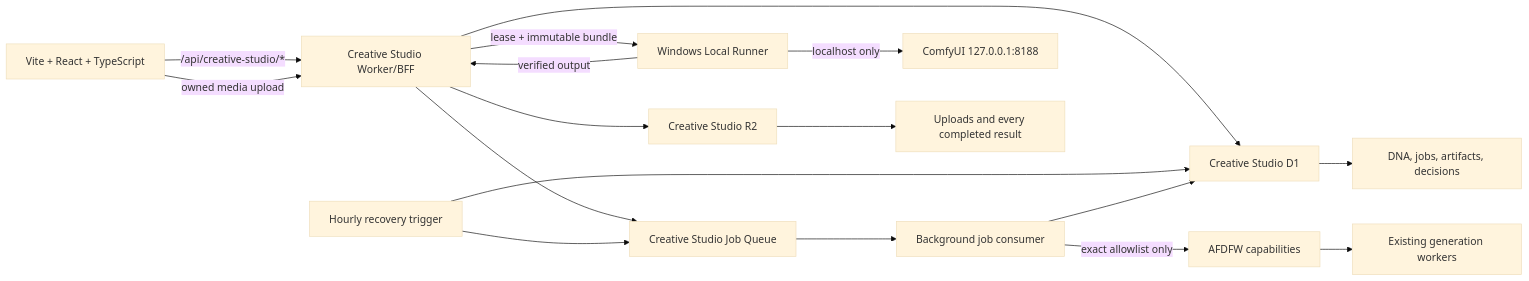
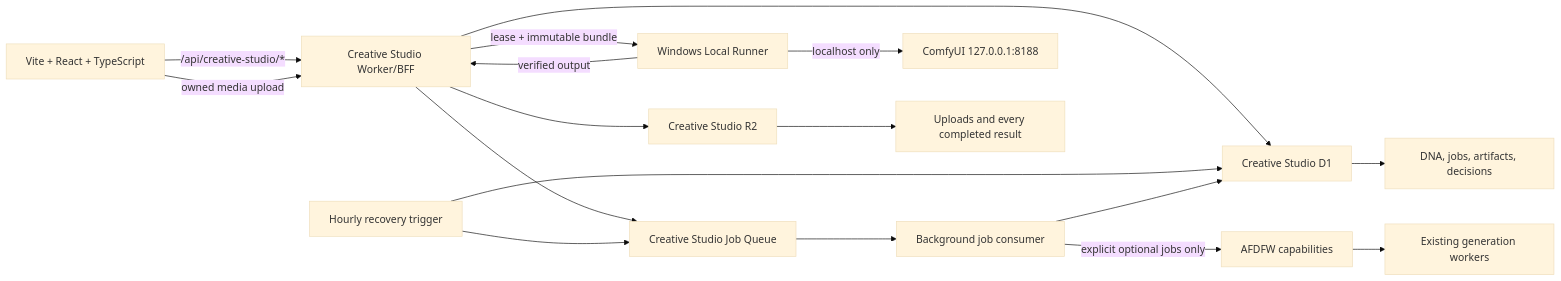
Before and after one commit to AngeloTobo/Creative-Studio: the diagram in docs/ARCHITECTURE.md, drawn with Mermaid (base theme). The commit also changed other lines of this file and 14 other files, not shown here.

````diff
--- a/docs/ARCHITECTURE.md
+++ b/docs/ARCHITECTURE.md
@@ -5,19 +5,19 @@
 ```mermaid
 flowchart LR
   UI["Vite + React + TypeScript"] -->|"/api/creative-studio/*"| BFF["Creative Studio Worker/BFF"]
   BFF --> D1["Creative Studio D1"]
   BFF --> Q["Creative Studio Job Queue"]
   CRON["Hourly recovery trigger"] --> D1
   CRON --> Q
   Q --> WORKER["Background job consumer"]
   WORKER --> D1
   BFF --> R2["Creative Studio R2"]
   UI -->|"owned media upload"| BFF
-  WORKER -->|"exact allowlist only"| AF["AFDFW capabilities"]
+  WORKER -->|"explicit optional jobs only"| AF["AFDFW capabilities"]
   AF --> GEN["Existing generation workers"]
   BFF -->|"lease + immutable bundle"| LR["Windows Local Runner"]
   LR -->|"localhost only"| COMFY["ComfyUI 127.0.0.1:8188"]
   LR -->|"verified output"| BFF
   D1 --> HIST["DNA, jobs, artifacts, decisions"]
   R2 --> MEDIA["Uploads and every completed result"]
 ```
````
